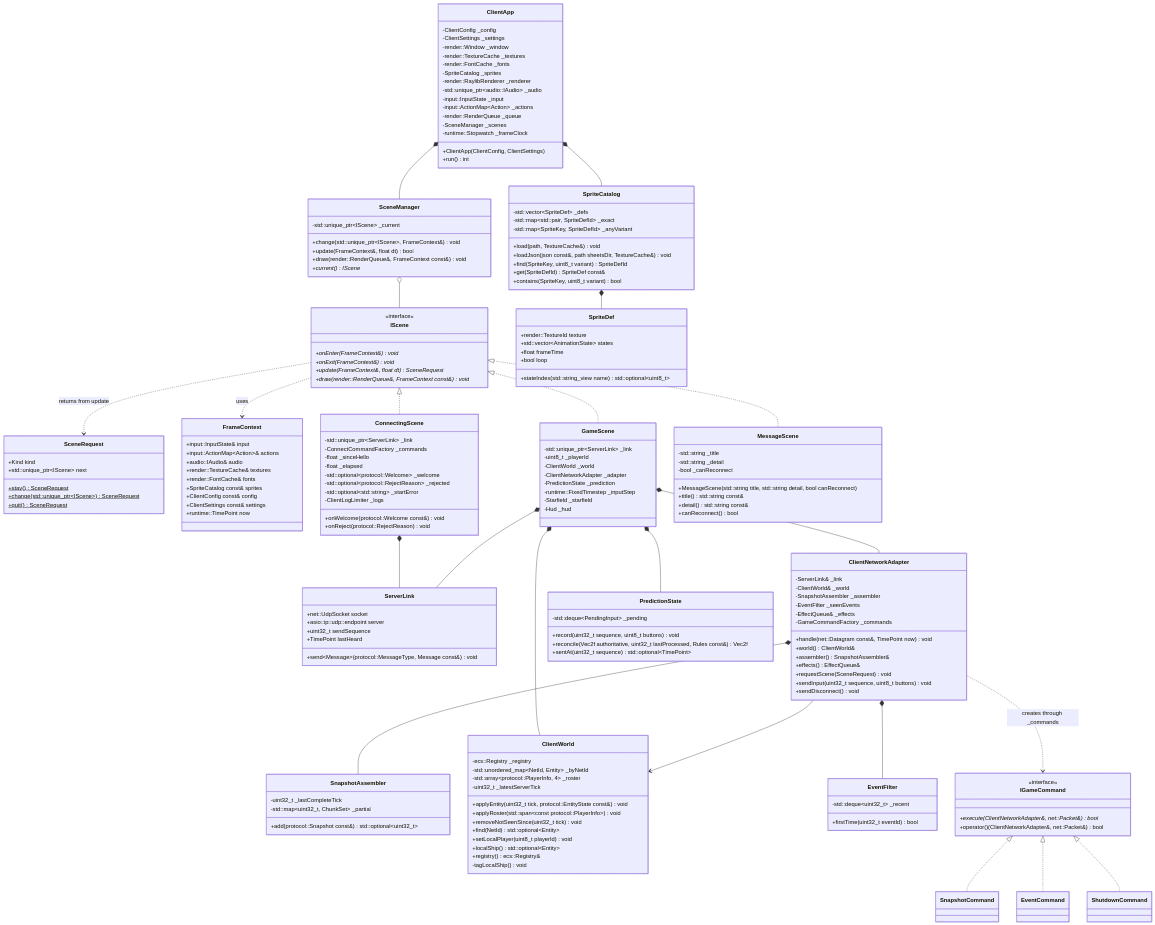
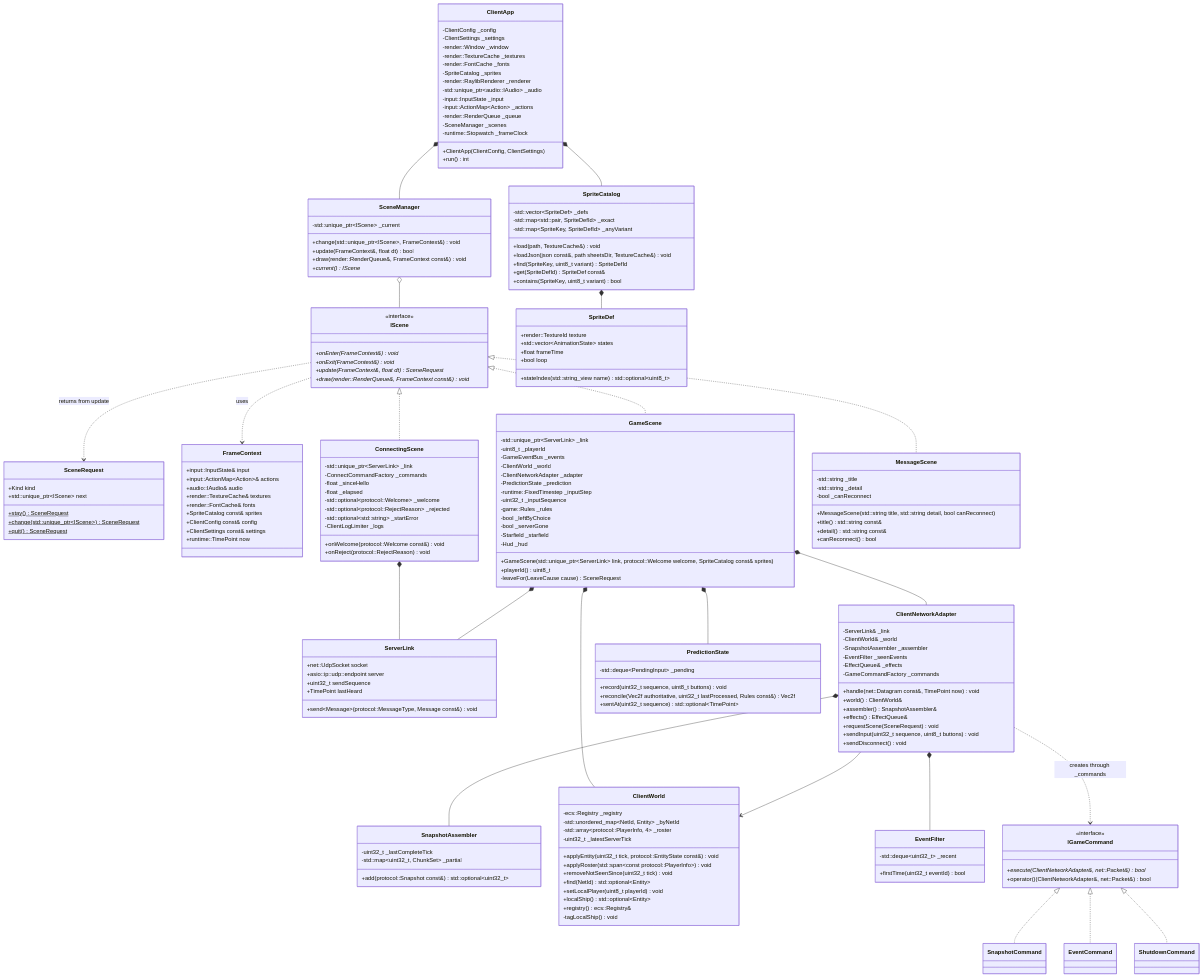
Before and after one commit to janumaruku/r-type: the diagram in docs/modules/client.md, drawn with Mermaid. The commit also changed other lines of this file, not shown here.

Commit message:
docs(client): RTP-126 #comment Update doc

```diff
--- a/docs/modules/client.md
+++ b/docs/modules/client.md
@@ -94,12 +94,20 @@
     class GameScene {
         -std::unique_ptr~ServerLink~ _link
         -uint8_t _playerId
+        -GameEventBus _events
         -ClientWorld _world
         -ClientNetworkAdapter _adapter
         -PredictionState _prediction
         -runtime::FixedTimestep _inputStep
+        -uint32_t _inputSequence
+        -game::Rules _rules
+        -bool _leftByChoice
+        -bool _serverGone
         -Starfield _starfield
         -Hud _hud
+        +GameScene(std::unique_ptr~ServerLink~ link, protocol::Welcome welcome, SpriteCatalog const& sprites)
+        +playerId() uint8_t
+        -leaveFor(LeaveCause cause) SceneRequest
     }
     class MessageScene {
         -std::string _title
```
